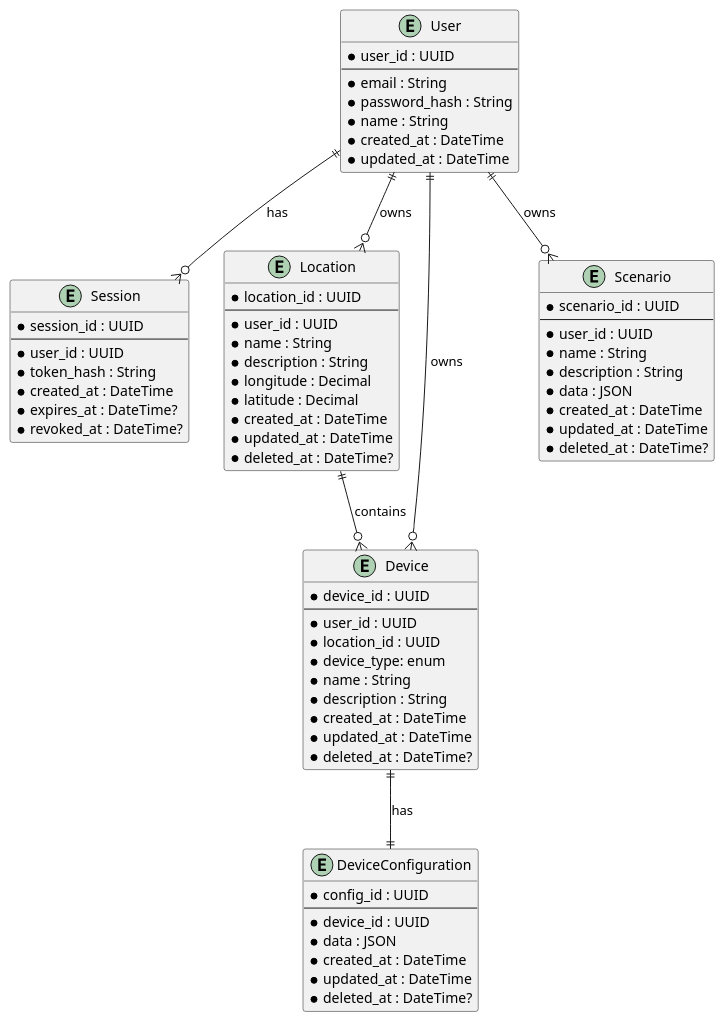
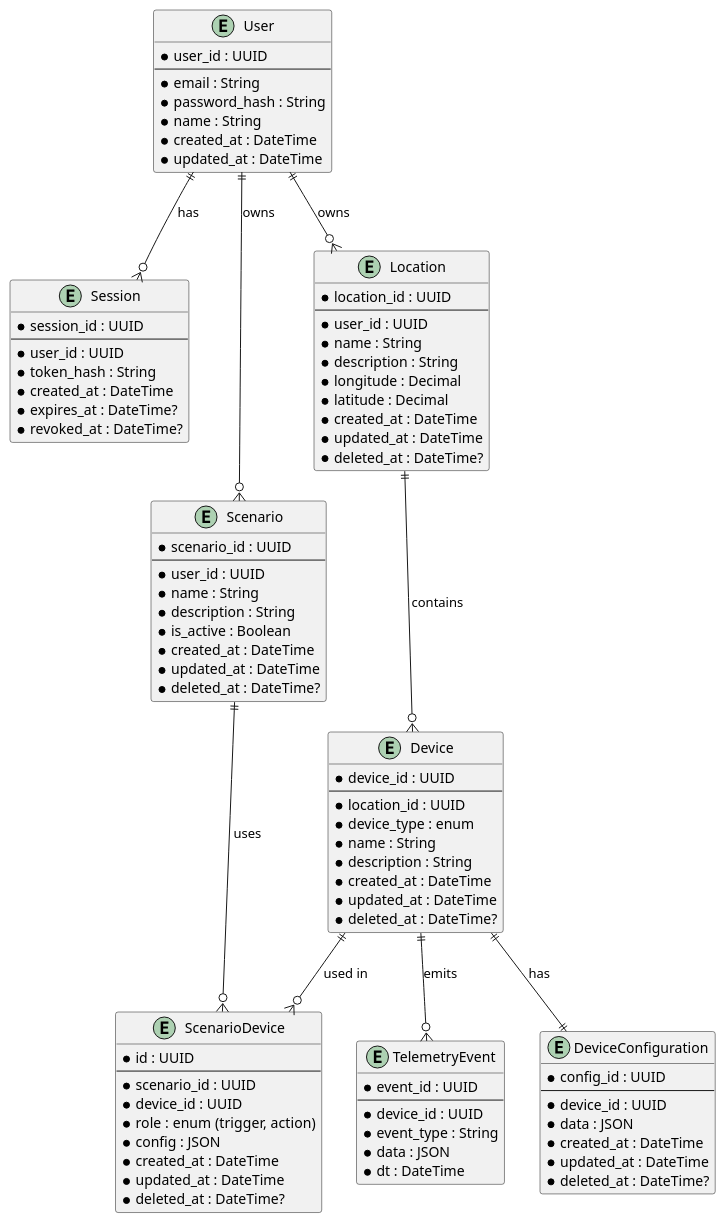
One commit to dengaleev/practicum-warmhouse changed the diagram in docs/entity_relationship.puml. Above: the diagram before and after it, drawn with PlantUML. The commit also changed 1 other file, not shown here.

```diff
--- a/docs/entity_relationship.puml
+++ b/docs/entity_relationship.puml
@@ -1,79 +1,107 @@
 @startuml
 
 entity "User" as User {
   * user_id : UUID
   --
   * email : String
   * password_hash : String
   * name : String
   * created_at : DateTime
   * updated_at : DateTime
 }
 
 entity "Session" as Session {
   * session_id : UUID
   --
   * user_id : UUID
   * token_hash : String
   * created_at : DateTime
   * expires_at : DateTime?
   * revoked_at : DateTime?
 }
 
 entity "Location" as Location {
   * location_id : UUID
   --
   * user_id : UUID
   * name : String
   * description : String
   * longitude : Decimal
   * latitude : Decimal
   * created_at : DateTime
   * updated_at : DateTime
   * deleted_at : DateTime?
 }
 
 entity "Device" as Device {
   * device_id : UUID
   --
-  * user_id : UUID
   * location_id : UUID
-  * device_type: enum
+  * device_type : enum
   * name : String
   * description : String
   * created_at : DateTime
   * updated_at : DateTime
   * deleted_at : DateTime?
 }
 
 entity "DeviceConfiguration" as DeviceConfiguration {
     * config_id : UUID
     --
     * device_id : UUID
     * data : JSON
     * created_at : DateTime
     * updated_at : DateTime
     * deleted_at : DateTime?
 }
 
 entity "Scenario" as Scenario {
     * scenario_id : UUID
     --
     * user_id : UUID
     * name : String
     * description : String
-    * data : JSON
+    * is_active : Boolean
     * created_at : DateTime
     * updated_at : DateTime
     * deleted_at : DateTime?
 }
 
+entity "ScenarioDevice" as ScenarioDevice {
+    * id : UUID
+    --
+    * scenario_id : UUID
+    * device_id : UUID
+    * role : enum (trigger, action)
+    * config : JSON
+    * created_at : DateTime
+    * updated_at : DateTime
+    * deleted_at : DateTime?
+}
+
+entity "TelemetryEvent" as TelemetryEvent {
+    * event_id : UUID
+    --
+    * device_id : UUID
+    * event_type : String
+    * data : JSON
+    * dt : DateTime
+}
+
+' User
 User ||--o{ Session : "has"
 User ||--o{ Location : "owns"
-User ||--o{ Device : "owns"
 User ||--o{ Scenario : "owns"
 
+' Location -> Device
 Location ||--o{ Device : "contains"
+
+' Device
 Device ||--|| DeviceConfiguration : "has"
+Device ||--o{ TelemetryEvent : "emits"
+Device ||--o{ ScenarioDevice : "used in"
+
+' Scenario -> Device (N:M через ScenarioDevice)
+Scenario ||--o{ ScenarioDevice : "uses"
 
 @enduml
```
